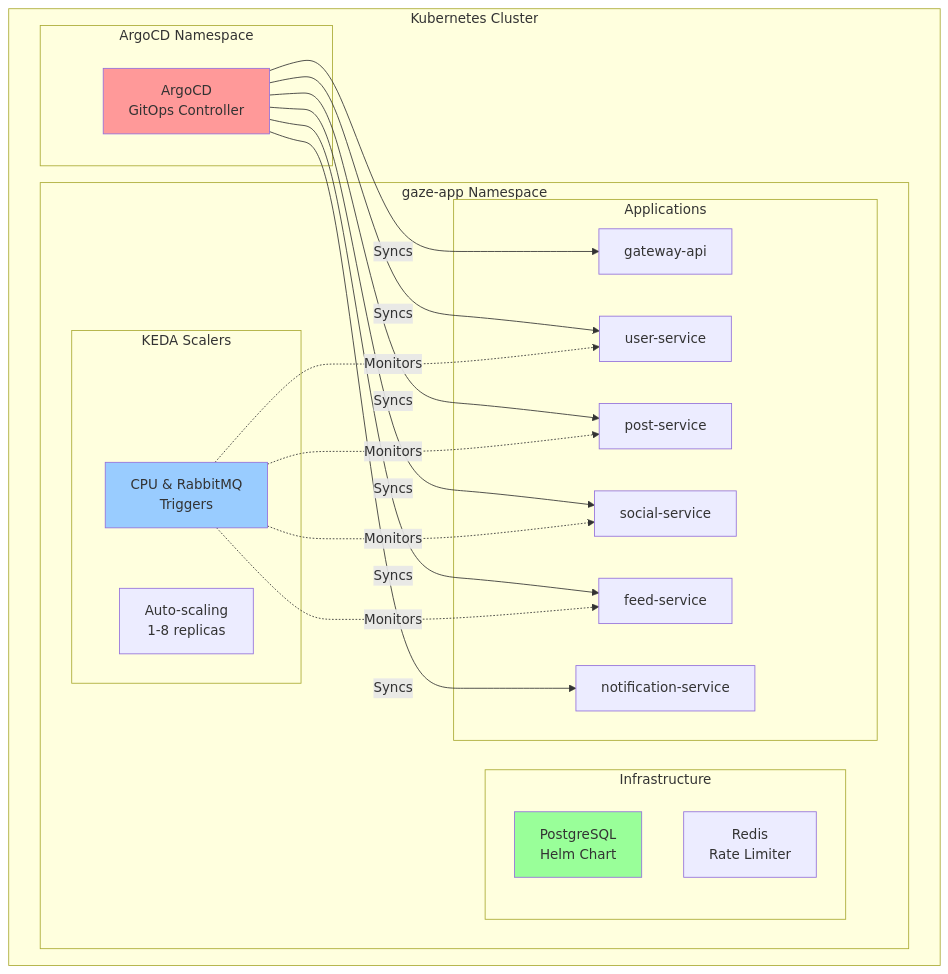
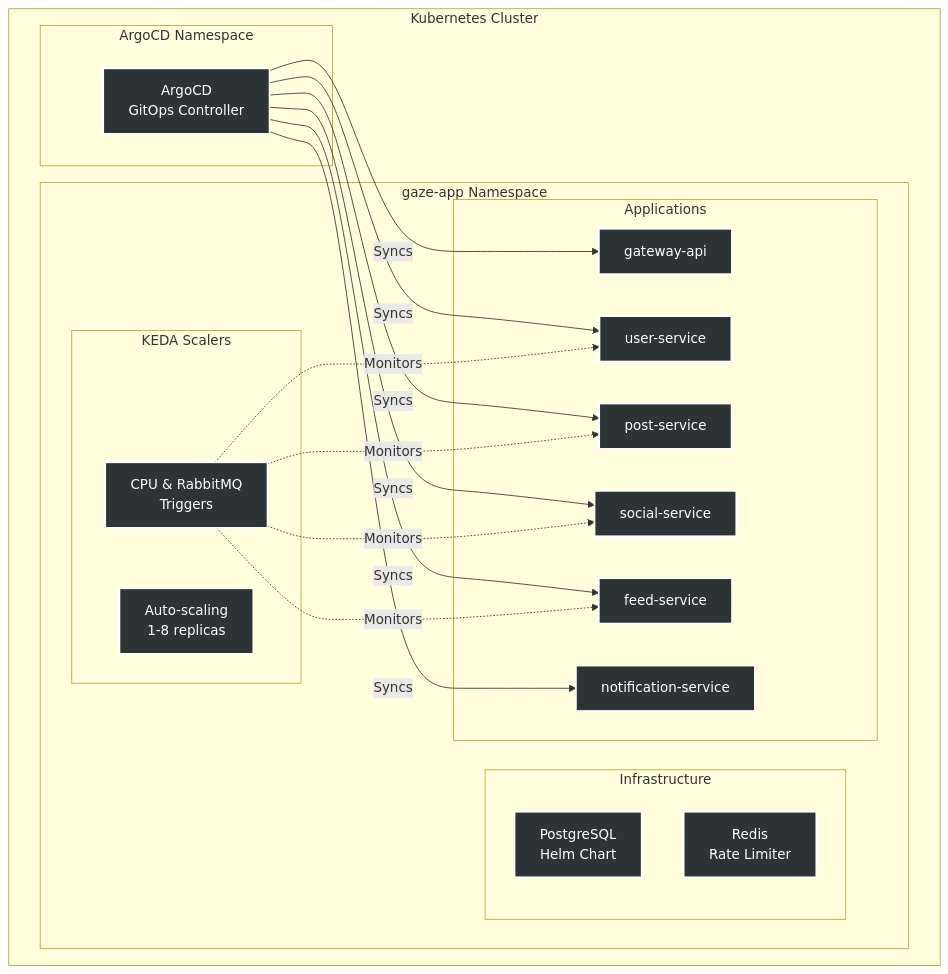
The second of 3 diagrams in README.md (Juangmz7/Gaze-app), drawn with Mermaid before and after one commit.

Commit message:
Revise Kubernetes architecture diagram styles
Updated Kubernetes architecture diagram styles and added ArgoCD configuration details.

````diff
--- a/README.md
+++ b/README.md
@@ -123,45 +123,44 @@
 ```mermaid
 graph TB
+    %% Global style: Dark background, White text, White border
+    classDef default fill:#2d3436,stroke:#ffffff,stroke-width:2px,color:#ffffff
+
     subgraph "Kubernetes Cluster"
         subgraph "ArgoCD Namespace"
             ArgoCD["ArgoCD<br/>GitOps Controller"]
         end
         
         subgraph "gaze-app Namespace"
             subgraph "Applications"
                 GW["gateway-api"]
                 US["user-service"]
                 PS["post-service"]
                 SS["social-service"]
                 FS["feed-service"]
                 NS["notification-service"]
             end
             
             subgraph "Infrastructure"
                 PG["PostgreSQL<br/>Helm Chart"]
                 RD["Redis<br/>Rate Limiter"]
             end
             
             subgraph "KEDA Scalers"
                 KEDA1["CPU & RabbitMQ<br/>Triggers"]
                 KEDA2["Auto-scaling<br/>1-8 replicas"]
             end
         end
     end
     
     ArgoCD -->|Syncs| GW
     ArgoCD -->|Syncs| US
     ArgoCD -->|Syncs| PS
     ArgoCD -->|Syncs| SS
     ArgoCD -->|Syncs| FS
     ArgoCD -->|Syncs| NS
     
     KEDA1 -.->|Monitors| US
     KEDA1 -.->|Monitors| PS
     KEDA1 -.->|Monitors| SS
     KEDA1 -.->|Monitors| FS
-    
-    style ArgoCD fill:#ff9999
-    style KEDA1 fill:#99ccff
-    style PG fill:#99ff99
 ```
````
